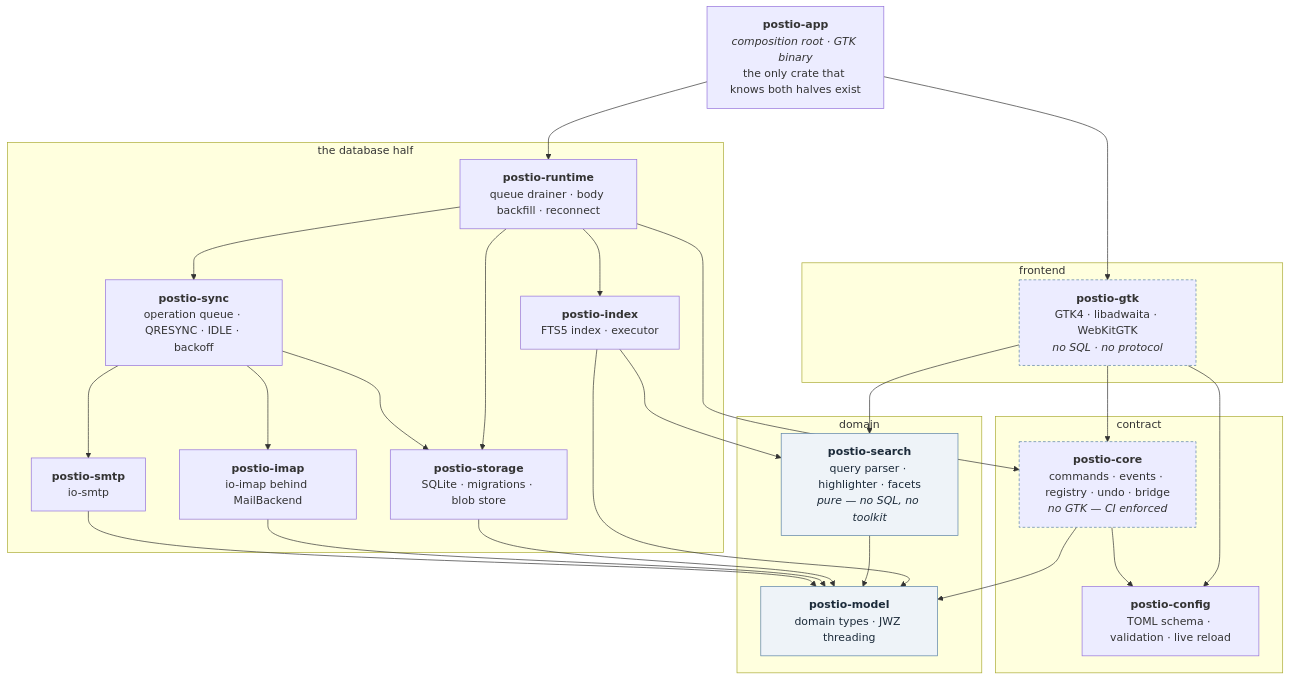
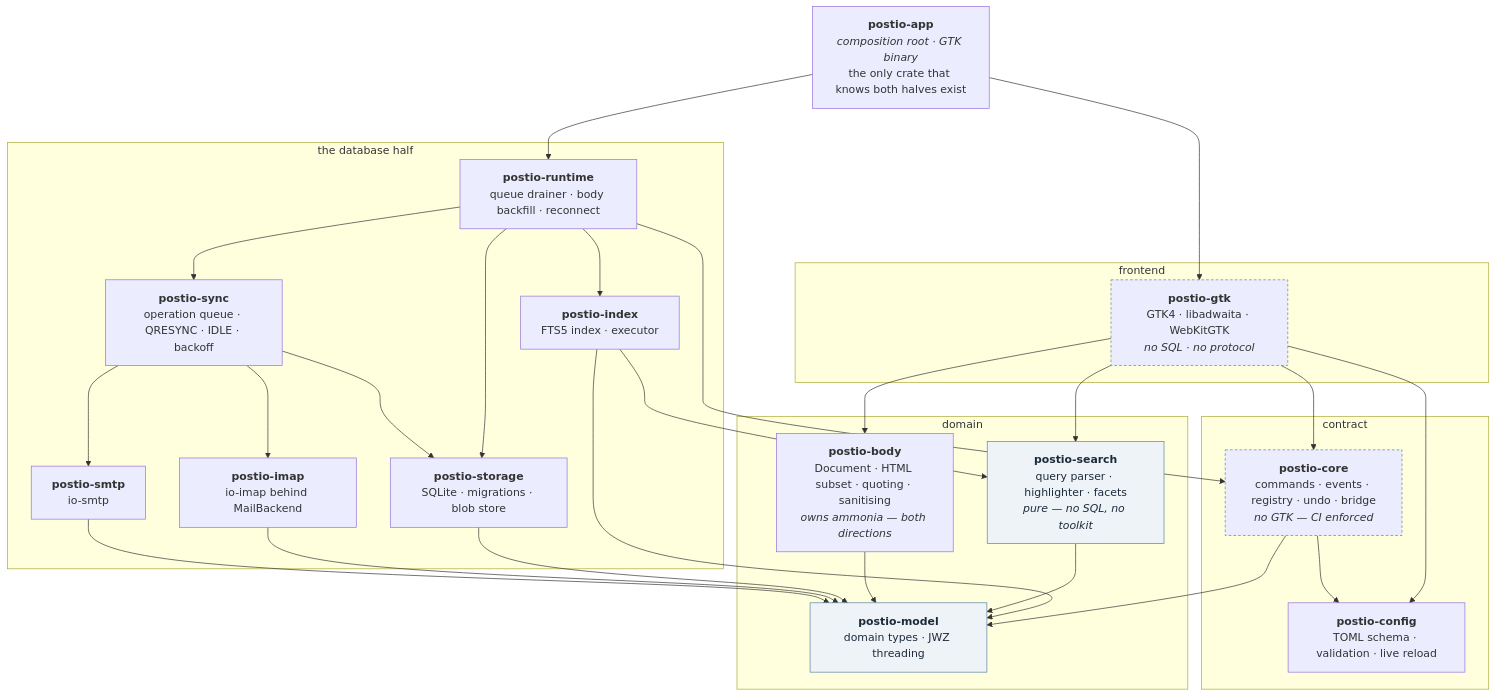
The diagram in docs/ARCHITECTURE.md (dlapiduz/postio), drawn with Mermaid before and after one commit. The commit also changed other lines of this file and 5 other files, not shown here.

First line of the commit message:
feat(gtk): quote an HTML-only message instead of nothing

````diff
--- a/docs/ARCHITECTURE.md
+++ b/docs/ARCHITECTURE.md
@@ -15,53 +15,56 @@
 ```mermaid
 graph TD
     app["<b>postio-app</b><br/><i>composition root · GTK binary</i><br/>the only crate that knows both halves exist"]
 
     subgraph view ["frontend"]
         gtk["<b>postio-gtk</b><br/>GTK4 · libadwaita · WebKitGTK<br/><i>no SQL · no protocol</i>"]
     end
 
     subgraph engine ["the database half"]
         runtime["<b>postio-runtime</b><br/>queue drainer · body backfill · reconnect"]
         sync["<b>postio-sync</b><br/>operation queue · QRESYNC · IDLE · backoff"]
         imap["<b>postio-imap</b><br/>io-imap behind MailBackend"]
         smtp["<b>postio-smtp</b><br/>io-smtp"]
         storage["<b>postio-storage</b><br/>SQLite · migrations · blob store"]
         index["<b>postio-index</b><br/>FTS5 index · executor"]
     end
 
     subgraph contract ["contract"]
         core["<b>postio-core</b><br/>commands · events · registry · undo · bridge<br/><i>no GTK — CI enforced</i>"]
         config["<b>postio-config</b><br/>TOML schema · validation · live reload"]
     end
 
     subgraph domain ["domain"]
         search["<b>postio-search</b><br/>query parser · highlighter · facets<br/><i>pure — no SQL, no toolkit</i>"]
+        body["<b>postio-body</b><br/>Document · HTML subset · quoting · sanitising<br/><i>owns ammonia — both directions</i>"]
         model["<b>postio-model</b><br/>domain types · JWZ threading"]
     end
 
     app --> gtk
     app --> runtime
     gtk --> core
     gtk --> search
+    gtk --> body
     gtk --> config
     runtime --> sync
     runtime --> index
     runtime --> core
     runtime --> storage
     sync --> imap
     sync --> smtp
     sync --> storage
     index --> search
     index --> model
     core --> config
     core --> model
     search --> model
+    body --> model
     storage --> model
     imap --> model
     smtp --> model
 
     classDef pure fill:#eef3f8,stroke:#5980a6,color:#1c2b3a
     classDef guard stroke-dasharray:4 3,stroke:#5980a6
     class model,search pure
     class core,gtk guard
 ```
````
